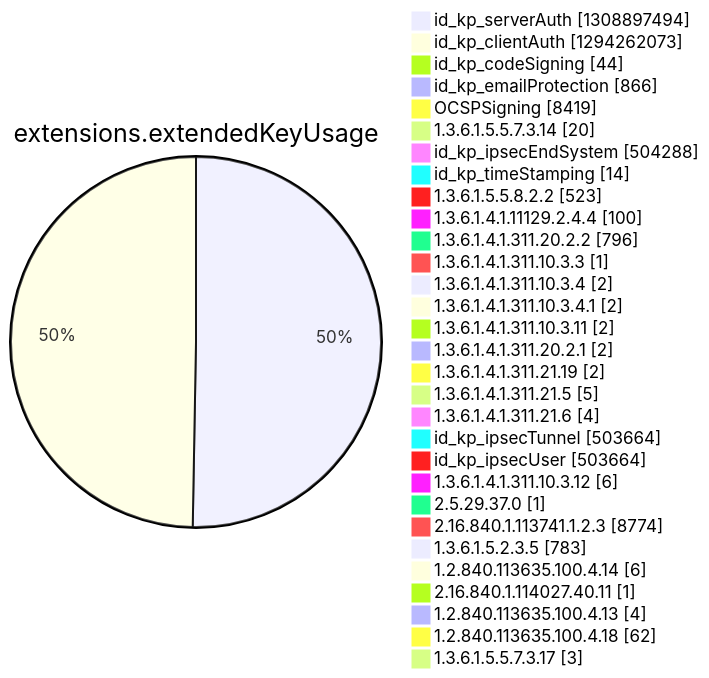
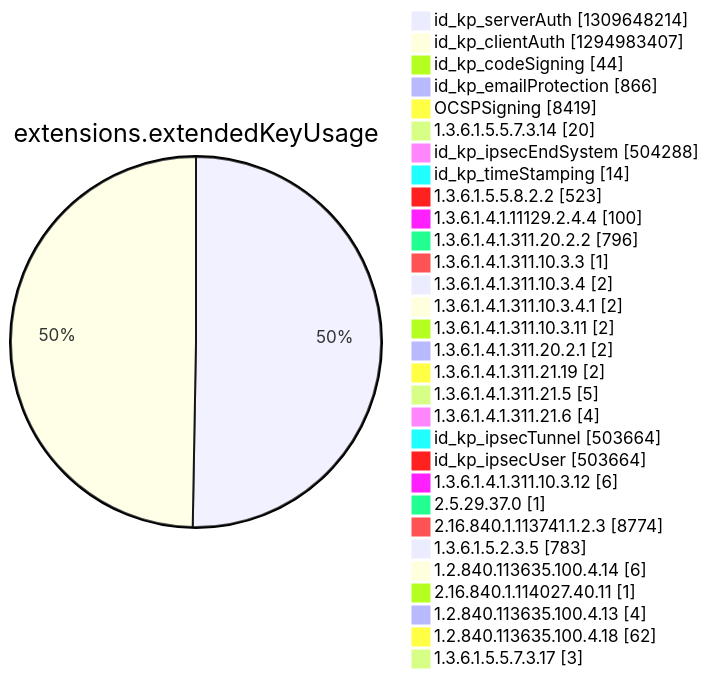
One commit to christiankrug/ctmonitor_visualization changed diagram 12 of 15 in argon2022/README.md. Above: the diagram before and after it, drawn with Mermaid. The commit also changed other lines of this file, not shown here.

````diff
--- a/argon2022/README.md
+++ b/argon2022/README.md
@@ -3552,34 +3552,34 @@
 ```mermaid
 pie showData
 title extensions.extendedKeyUsage
-"id_kp_serverAuth" :1308897494
-"id_kp_clientAuth" :1294262073
+"id_kp_serverAuth" :1309648214
+"id_kp_clientAuth" :1294983407
 "id_kp_codeSigning" :44
 "id_kp_emailProtection" :866
 "OCSPSigning" :8419
 "1.3.6.1.5.5.7.3.14" :20
 "id_kp_ipsecEndSystem" :504288
 "id_kp_timeStamping" :14
 "1.3.6.1.5.5.8.2.2" :523
 "1.3.6.1.4.1.11129.2.4.4" :100
 "1.3.6.1.4.1.311.20.2.2" :796
 "1.3.6.1.4.1.311.10.3.3" :1
 "1.3.6.1.4.1.311.10.3.4" :2
 "1.3.6.1.4.1.311.10.3.4.1" :2
 "1.3.6.1.4.1.311.10.3.11" :2
 "1.3.6.1.4.1.311.20.2.1" :2
 "1.3.6.1.4.1.311.21.19" :2
 "1.3.6.1.4.1.311.21.5" :5
 "1.3.6.1.4.1.311.21.6" :4
 "id_kp_ipsecTunnel" :503664
 "id_kp_ipsecUser" :503664
 "1.3.6.1.4.1.311.10.3.12" :6
 "2.5.29.37.0" :1
 "2.16.840.1.113741.1.2.3" :8774
 "1.3.6.1.5.2.3.5" :783
 "1.2.840.113635.100.4.14" :6
 "2.16.840.1.114027.40.11" :1
 "1.2.840.113635.100.4.13" :4
 "1.2.840.113635.100.4.18" :62
 "1.3.6.1.5.5.7.3.17" :3
 ```
````
